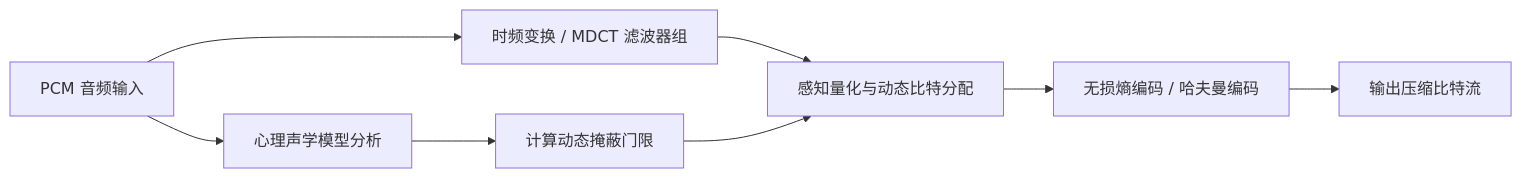
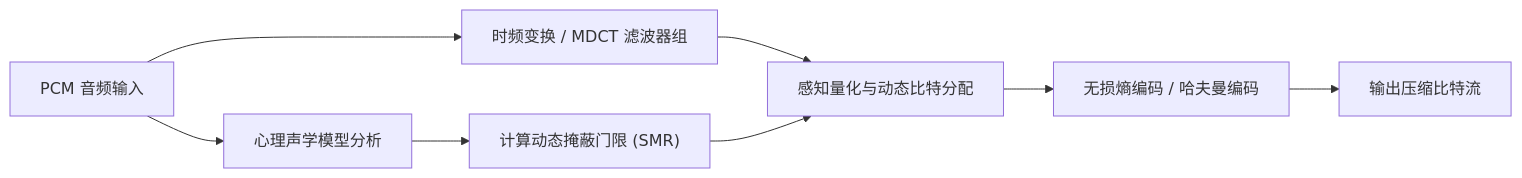
One commit to YvainZhang/YvainZhang.github.io changed the diagram in _posts/2022-07-24-digital-audio-basics.md. Above: the diagram before and after it, drawn with Mermaid. The commit also changed 16 other files, not shown here.

````diff
--- a/_posts/2022-07-24-digital-audio-basics.md
+++ b/_posts/2022-07-24-digital-audio-basics.md
@@ -147,10 +147,10 @@
 ```mermaid
 graph LR
-    PCM[PCM 音频输入] --> Filter[时频变换 / MDCT 滤波器组]
-    PCM --> Psycho[心理声学模型分析]
-    Psycho --> Threshold[计算动态掩蔽门限]
-    Filter --> Quant[感知量化与动态比特分配]
+    PCM["PCM 音频输入"] --> Filter["时频变换 / MDCT 滤波器组"]
+    PCM --> Psycho["心理声学模型分析"]
+    Psycho --> Threshold["计算动态掩蔽门限 (SMR)"]
+    Filter --> Quant["感知量化与动态比特分配"]
     Threshold --> Quant
-    Quant --> Huffman[无损熵编码 / 哈夫曼编码]
-    Huffman --> Bitstream[输出压缩比特流]
+    Quant --> Huffman["无损熵编码 / 哈夫曼编码"]
+    Huffman --> Bitstream["输出压缩比特流"]
 ```
````
